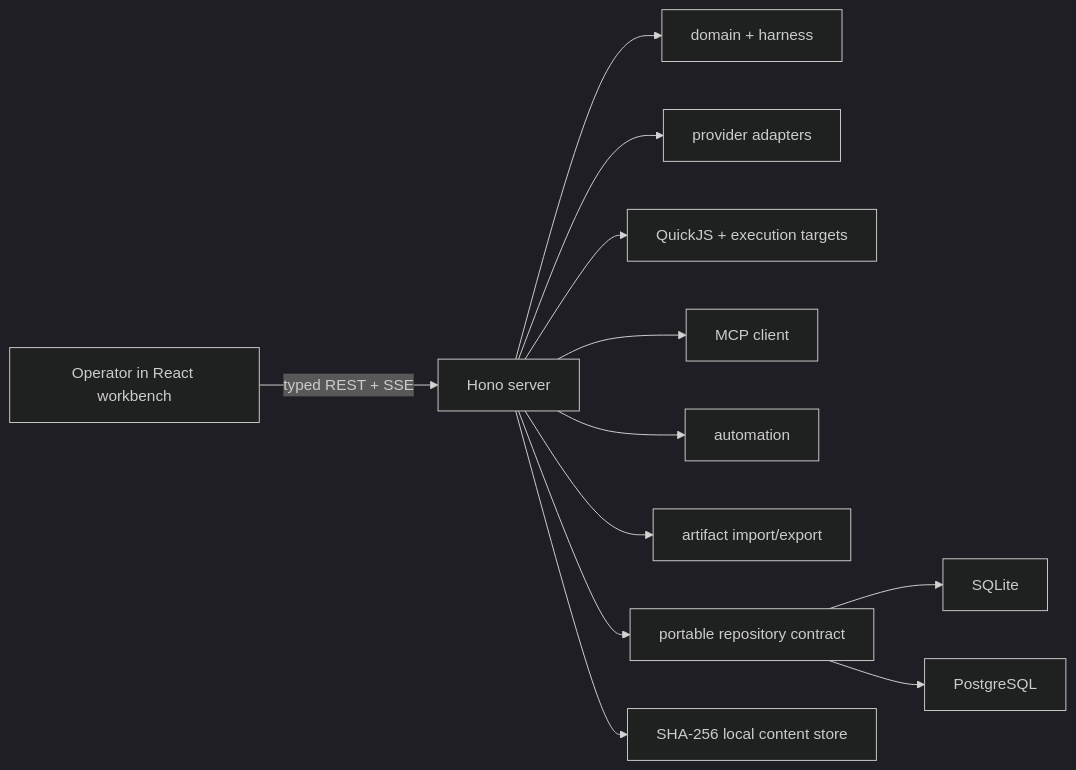
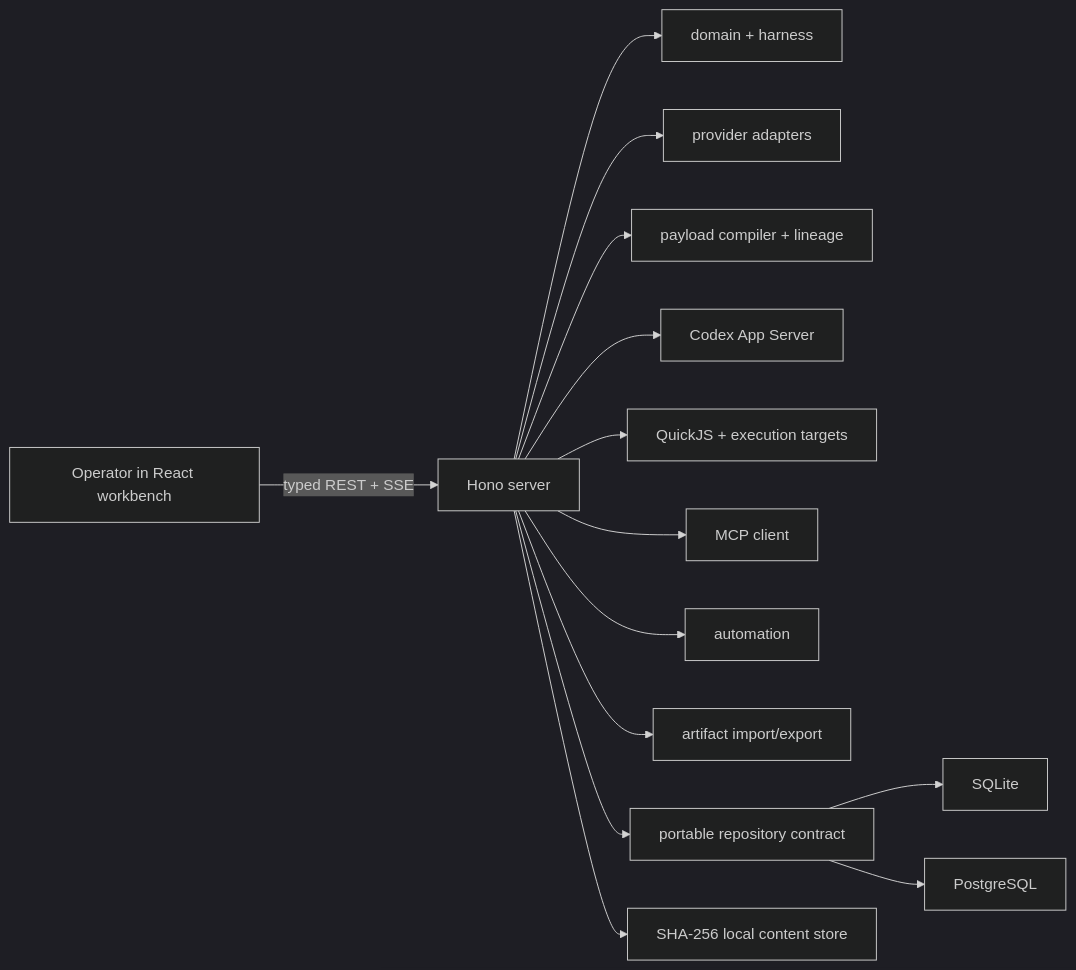
One commit to rekter0/lathe changed the first of 2 diagrams in ARCHITECTURE.md. Above: the diagram before and after it, drawn with Mermaid (dark theme). The commit also changed other lines of this file and 2 other files, not shown here.

Commit message:
docs: refresh architecture and security boundaries

````diff
--- a/ARCHITECTURE.md
+++ b/ARCHITECTURE.md
@@ -5,14 +5,16 @@
 ```mermaid
 flowchart LR
   Operator["Operator in React workbench"] -->|"typed REST + SSE"| Server["Hono server"]
   Server --> Domain["domain + harness"]
   Server --> Providers["provider adapters"]
+  Server --> Payloads["payload compiler + lineage"]
+  Server --> AgentRuntimes["Codex App Server"]
   Server --> Execution["QuickJS + execution targets"]
   Server --> MCP["MCP client"]
   Server --> Jobs["automation"]
   Server --> Artifacts["artifact import/export"]
   Server --> Repository["portable repository contract"]
   Repository --> SQLite["SQLite"]
   Repository --> Postgres["PostgreSQL"]
   Server --> Blobs["SHA-256 local content store"]
 ```
````
